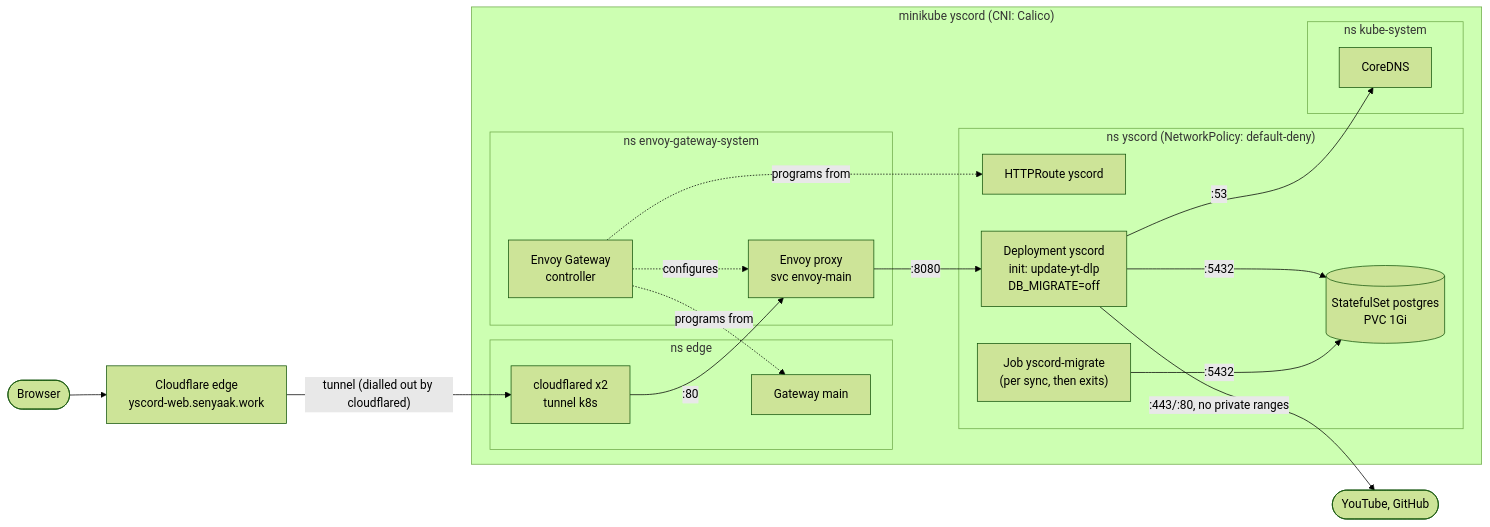
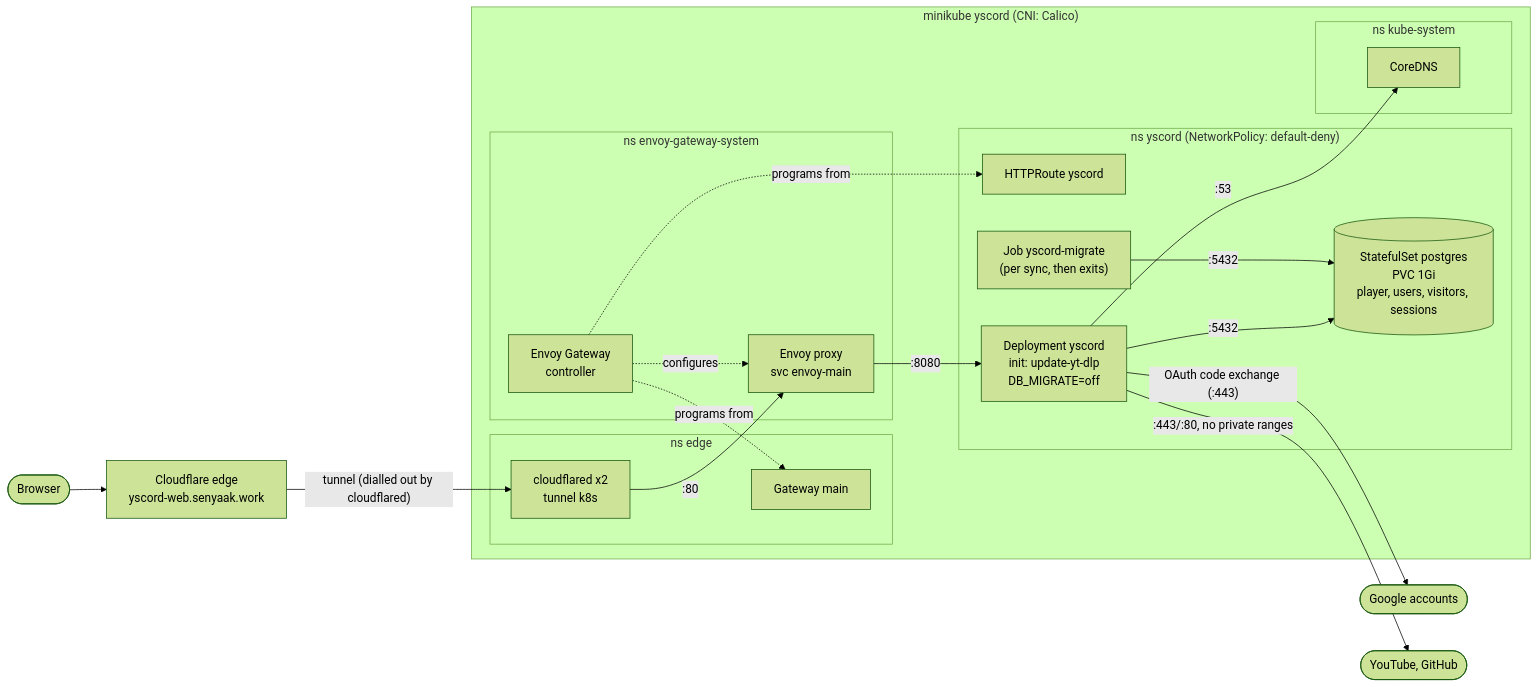
Before and after one commit to senyaak/yscord-web: the first of 2 diagrams in docs/architecture.md, drawn with Mermaid (forest theme). The commit also changed 2 other files, not shown here.

Commit message:
Add lesson 005: Google login, visitors, release candidates; roadmap and diagram

````diff
--- a/docs/architecture.md
+++ b/docs/architecture.md
@@ -8,39 +8,40 @@
 ```mermaid
 flowchart LR
     browser([Browser]) --> cf["Cloudflare edge<br/>yscord-web.senyaak.work"]
 
     subgraph cluster["minikube yscord (CNI: Calico)"]
         subgraph ns_edge["ns edge"]
             cfd["cloudflared x2<br/>tunnel k8s"]
             gw["Gateway main"]
         end
 
         subgraph ns_egs["ns envoy-gateway-system"]
             egc["Envoy Gateway<br/>controller"]
             envoy["Envoy proxy<br/>svc envoy-main"]
         end
 
         subgraph ns_yscord["ns yscord (NetworkPolicy: default-deny)"]
             route["HTTPRoute yscord"]
             app["Deployment yscord<br/>init: update-yt-dlp<br/>DB_MIGRATE=off"]
             mig["Job yscord-migrate<br/>(per sync, then exits)"]
-            pg[("StatefulSet postgres<br/>PVC 1Gi")]
+            pg[("StatefulSet postgres<br/>PVC 1Gi<br/>player, users, visitors, sessions")]
         end
 
         subgraph ns_kube["ns kube-system"]
             dns["CoreDNS"]
         end
     end
 
     cf -- "tunnel (dialled out by cloudflared)" --> cfd
+    app -- "OAuth code exchange (:443)" --> google([Google accounts])
     cfd -- ":80" --> envoy
     envoy -- ":8080" --> app
     app -- ":5432" --> pg
     mig -- ":5432" --> pg
     app -- ":53" --> dns
     app -- ":443/:80, no private ranges" --> yt([YouTube, GitHub])
 
     egc -. "programs from" .-> gw
     egc -. "programs from" .-> route
     egc -. configures .-> envoy
 ```
````
